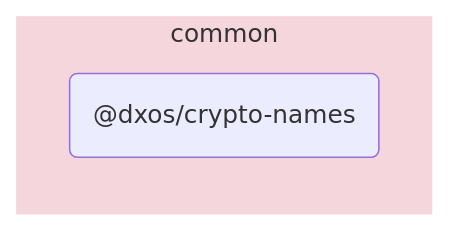
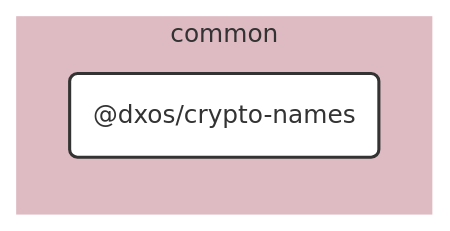
The diagram in packages/common/crypto-names/docs/README.md (dxos/dxos), drawn with Mermaid before and after one commit. The commit also changed other lines of this file and 109 other files, not shown here.

````diff
--- a/packages/common/crypto-names/docs/README.md
+++ b/packages/common/crypto-names/docs/README.md
@@ -5,9 +7,25 @@
 ```mermaid
-flowchart LR;
+%%{ init: {'flowchart':{'curve':'basis'}} }%%
 
+flowchart LR
+
+%% Links
+
+%% Sections
 subgraph common
-  style common fill:#f5d6dd,stroke:#fff;
-  dxos/crypto-names("@dxos/crypto-names");
+  style common fill:#debac2,stroke:#fff;
+
+  dxos/crypto-names("@dxos/crypto-names")
 end
 
+
+%% Hyperlinks
+
+%% Styles
+classDef rootNode fill:#fff,stroke:#333,stroke-width:2px
+classDef defaultNode fill:#fff,stroke:#333,stroke-width:1px
+linkStyle default stroke:#333,stroke-width:1px
+
+dxos/crypto-names:::rootNode
+
 ```
````
